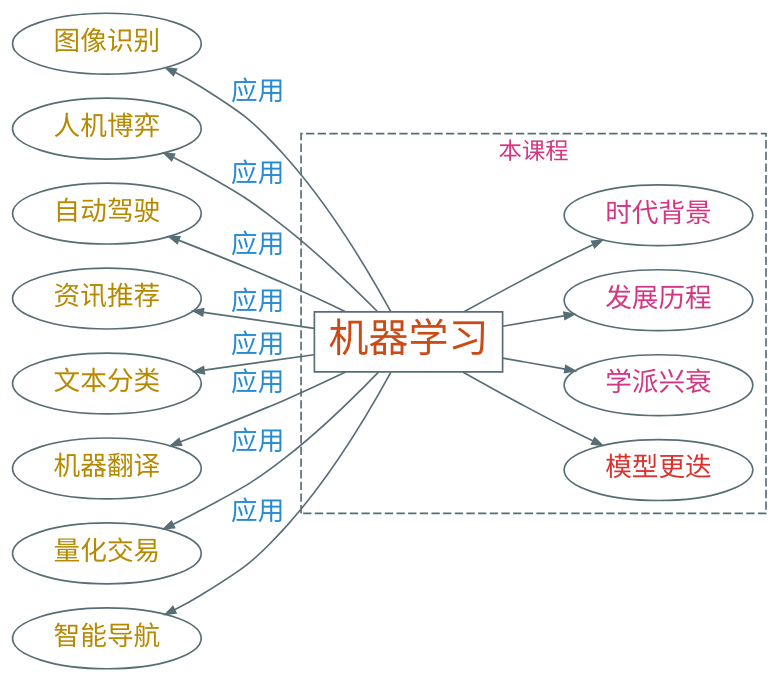
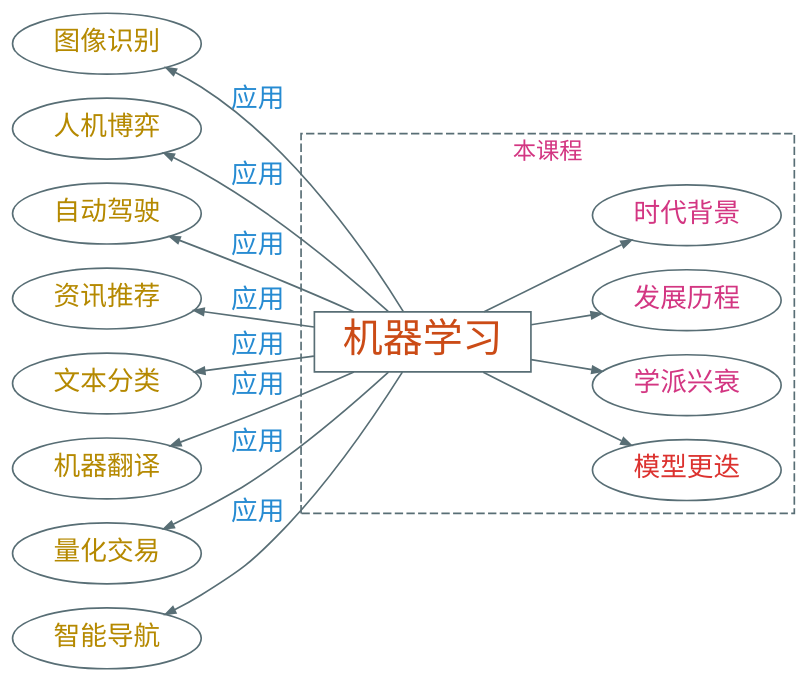
The diagram in dot/ml-app-dev.dot (Avanti1980/course-ml), drawn with Graphviz before and after one commit. The commit also changed 32457 other files, not shown here.

```diff
--- a/dot/ml-app-dev.dot
+++ b/dot/ml-app-dev.dot
@@ -1,26 +1,26 @@
 digraph g {
     bgcolor=transparent
     graph [nodesep=0.2, ranksep=0.5]
     rankdir=LR
-    node [shape=ellipse, color="#586e75", fontcolor="#b58900", fontsize=16, fontname="LXGWWenKai"]
-    edge [color="#586e75", fontcolor="#268bd2", fontsize=16, fontname="LXGWWenKai", arrowsize=0.6]
+    node [shape=ellipse, color="#586e75", fontcolor="#b58900", fontsize=16, fontname="Ysabeau, LXGWSong"]
+    edge [color="#586e75", fontcolor="#268bd2", fontsize=16, fontname="Ysabeau, LXGWSong", arrowsize=0.6]
 
-    机器学习 [shape=box, fontsize=24, fontcolor="#cb4b16"]
+    机器学习 [shape=box, width=1.8, fontsize=24, fontcolor="#cb4b16"]
     {图像识别, 人机博弈, 自动驾驶, 资讯推荐, 文本分类, 机器翻译, 量化交易, 智能导航} -> 机器学习 [label="应用", dir=back]
 
     node [fontcolor="#dc322f"]
 
     subgraph cluster_0 {
         style=dashed
-        fontname="LXGWWenKai"
+        fontname="Ysabeau, LXGWSong"
         label=本课程
         color="#586e75"
         fontcolor="#d33682"
 
         机器学习 -> {模型更迭}
 
         node [fontcolor="#d33682"]
 
         机器学习 -> {学派兴衰, 发展历程, 时代背景}
     }
 }
```
